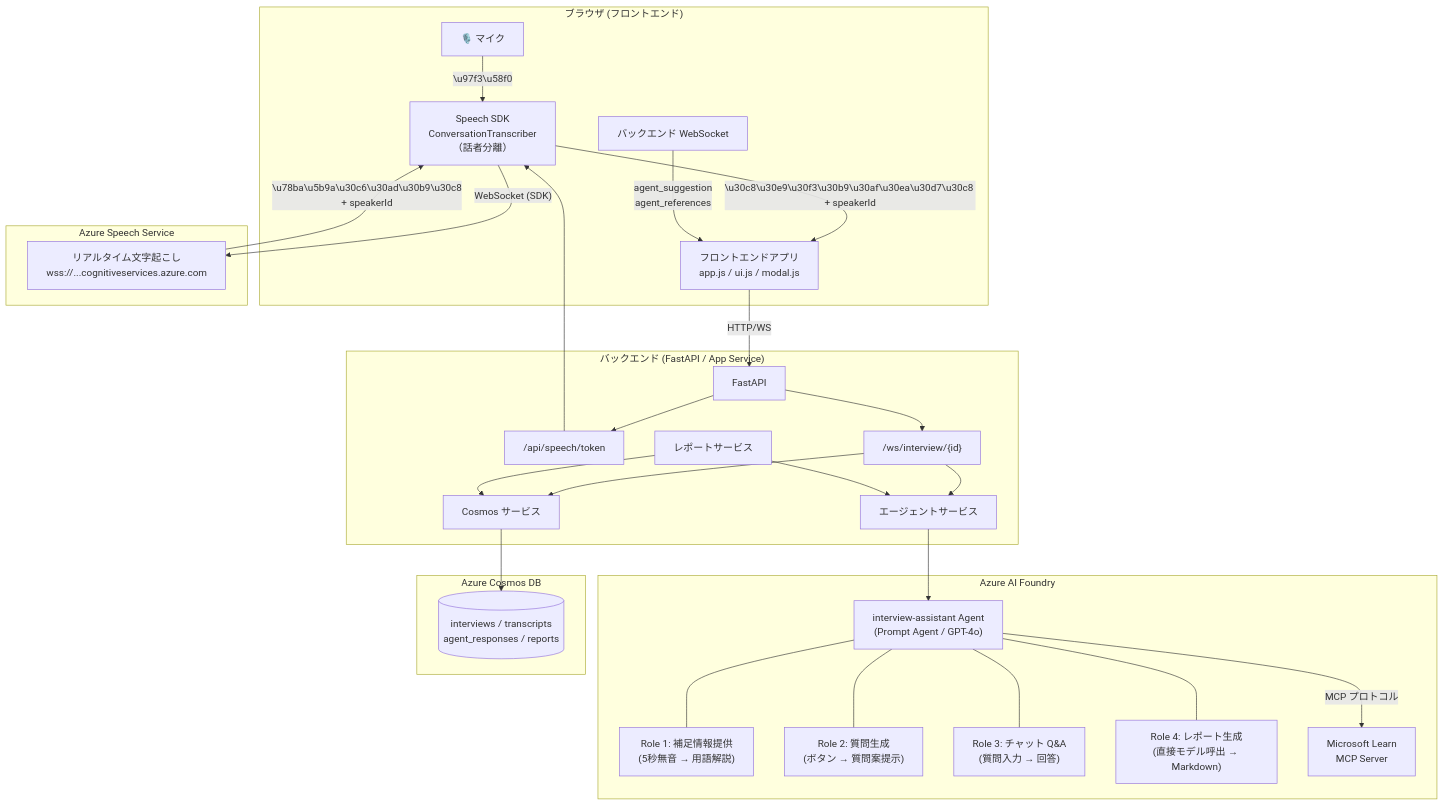
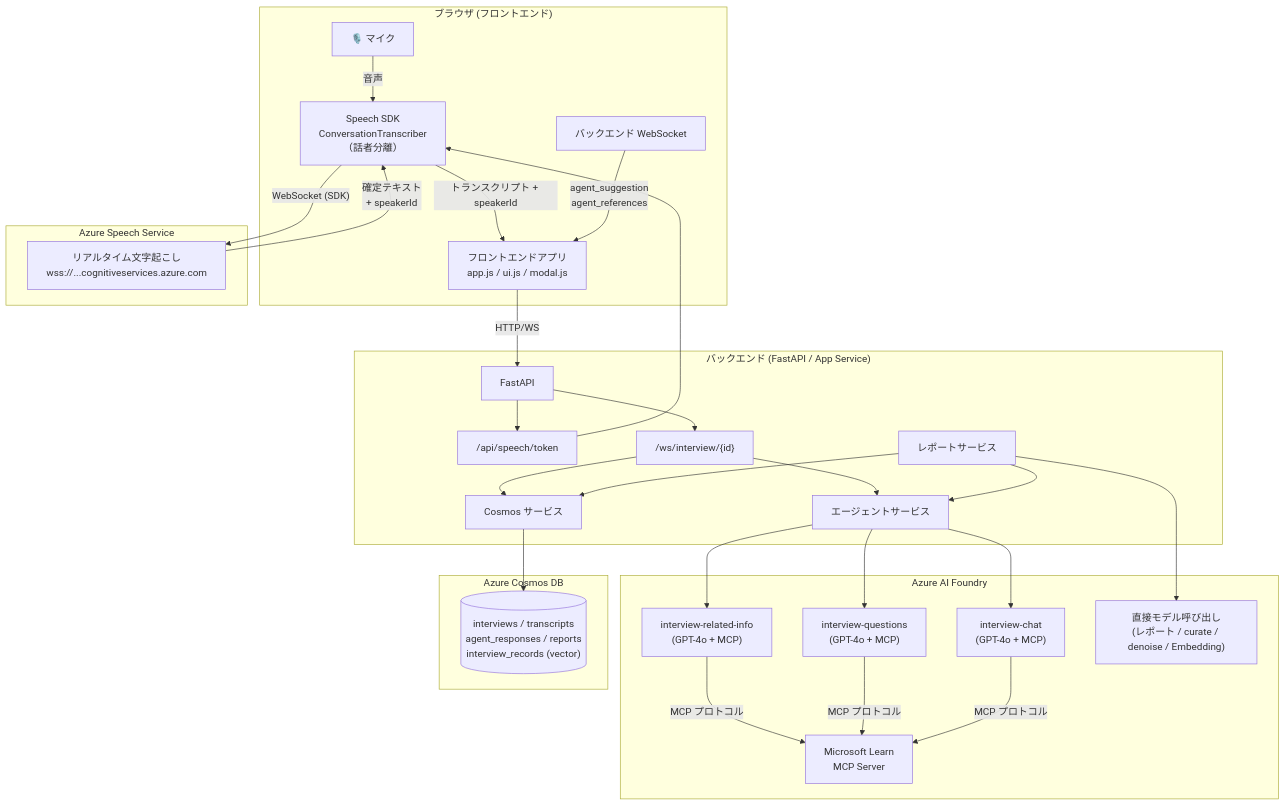
Before and after one commit to hatasaki/Interview-Assistant-AI: the second of 2 diagrams in README.md, drawn with Mermaid. The commit also changed other lines of this file and 5 other files, not shown here.

Commit message:
Refactor architecture to implement role-specific Foundry Agents

````diff
--- a/README.md
+++ b/README.md
@@ -413,60 +415,60 @@
 ```mermaid
 graph TB
     subgraph Browser["ブラウザ (フロントエンド)"]
         MIC["🎙️ マイク"]
         SPEECH_WS["Speech SDK<br/>ConversationTranscriber<br/>（話者分離）"]
         FE["フロントエンドアプリ<br/>app.js / ui.js / modal.js"]
         BE_WS["バックエンド WebSocket"]
     end
 
     subgraph SpeechService["Azure Speech Service"]
         STT_API["リアルタイム文字起こし<br/>wss://...cognitiveservices.azure.com"]
     end
 
     subgraph Backend["バックエンド (FastAPI / App Service)"]
         APP["FastAPI"]
         R_SP["/api/speech/token"]
         R_WS["/ws/interview/{id}"]
         AGT_SVC["エージェントサービス"]
         COS_SVC["Cosmos サービス"]
         RPT_SVC["レポートサービス"]
     end
 
     subgraph AI["Azure AI Foundry"]
-        AGENT["interview-assistant Agent<br/>(Prompt Agent / GPT-4o)"]
-        ROLE1["Role 1: 補足情報提供<br/>(5秒無音 → 用語解説)"]
-        ROLE2["Role 2: 質問生成<br/>(ボタン → 質問案提示)"]
-        ROLE3["Role 3: チャット Q&A<br/>(質問入力 → 回答)"]
-        ROLE4["Role 4: レポート生成<br/>(直接モデル呼出 → Markdown)"]
+        AGENT_RI["interview-related-info<br/>(GPT-4o + MCP)"]
+        AGENT_Q["interview-questions<br/>(GPT-4o + MCP)"]
+        AGENT_C["interview-chat<br/>(GPT-4o + MCP)"]
+        DIRECT["直接モデル呼び出し<br/>(レポート / curate / denoise / Embedding)"]
         MCP["Microsoft Learn<br/>MCP Server"]
-        AGENT --- ROLE1
-        AGENT --- ROLE2
-        AGENT --- ROLE3
-        AGENT --- ROLE4
-        AGENT -->|"MCP プロトコル"| MCP
+        AGENT_RI -->|"MCP プロトコル"| MCP
+        AGENT_Q -->|"MCP プロトコル"| MCP
+        AGENT_C -->|"MCP プロトコル"| MCP
     end
 
     subgraph DB["Azure Cosmos DB"]
-        COSMOS[("interviews / transcripts<br/>agent_responses / reports")]
+        COSMOS[("interviews / transcripts<br/>agent_responses / reports<br/>interview_records (vector)")]
     end
 
-    MIC -->|"\u97f3\u58f0"| SPEECH_WS
+    MIC -->|"音声"| SPEECH_WS
     SPEECH_WS -->|"WebSocket (SDK)"| STT_API
-    STT_API -->|"\u78ba\u5b9a\u30c6\u30ad\u30b9\u30c8<br/>+ speakerId"| SPEECH_WS
-    SPEECH_WS -->|"\u30c8\u30e9\u30f3\u30b9\u30af\u30ea\u30d7\u30c8 + speakerId"| FE
+    STT_API -->|"確定テキスト<br/>+ speakerId"| SPEECH_WS
+    SPEECH_WS -->|"トランスクリプト + speakerId"| FE
 
     FE -->|"HTTP/WS"| APP
     APP --> R_SP
     APP --> R_WS
     R_SP --> SPEECH_WS
 
     R_WS --> AGT_SVC
     R_WS --> COS_SVC
     RPT_SVC --> AGT_SVC
     RPT_SVC --> COS_SVC
 
-    AGT_SVC --> AGENT
+    AGT_SVC --> AGENT_RI
+    AGT_SVC --> AGENT_Q
+    AGT_SVC --> AGENT_C
+    RPT_SVC --> DIRECT
     COS_SVC --> COSMOS
 
     BE_WS -->|"agent_suggestion<br/>agent_references"| FE
 ```
````
